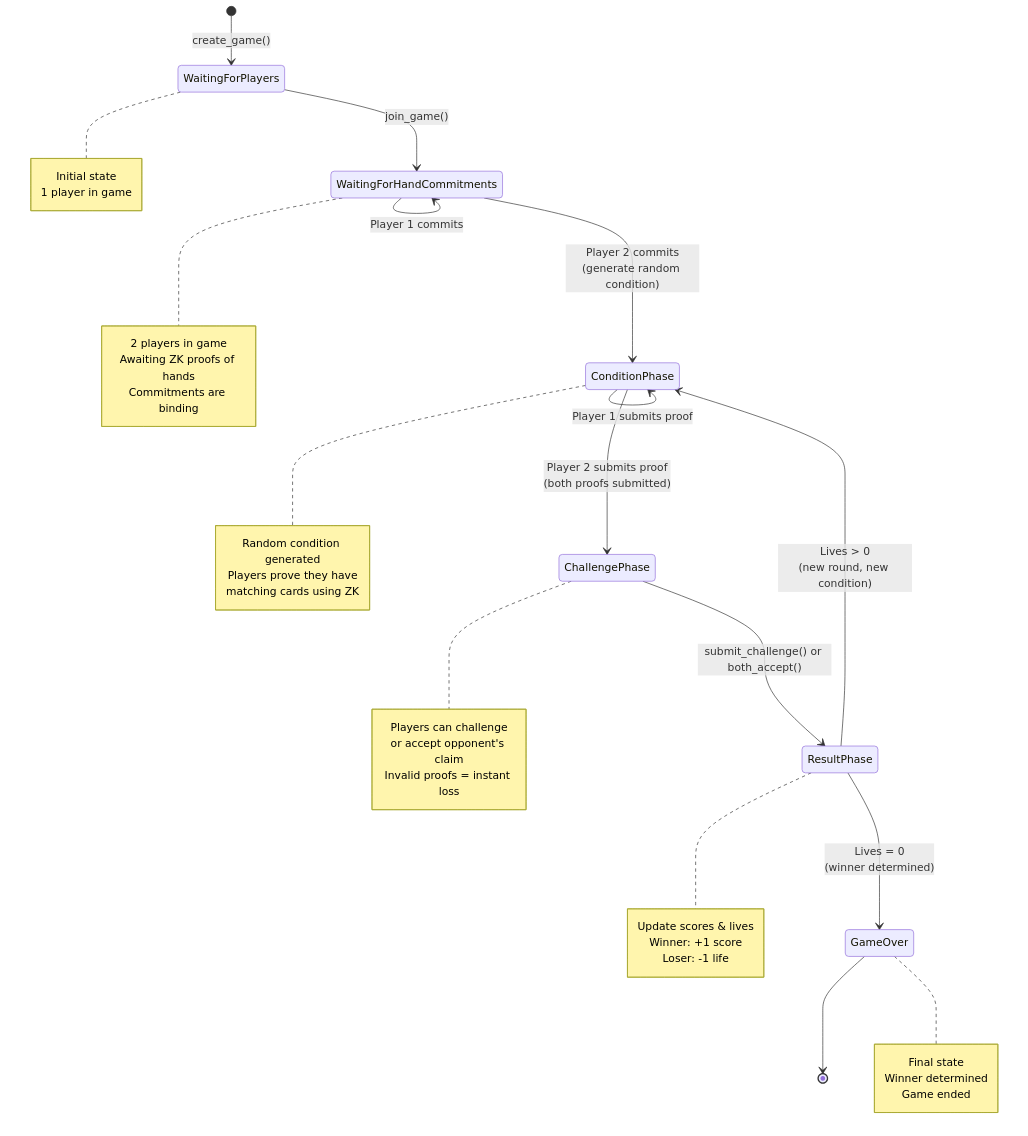
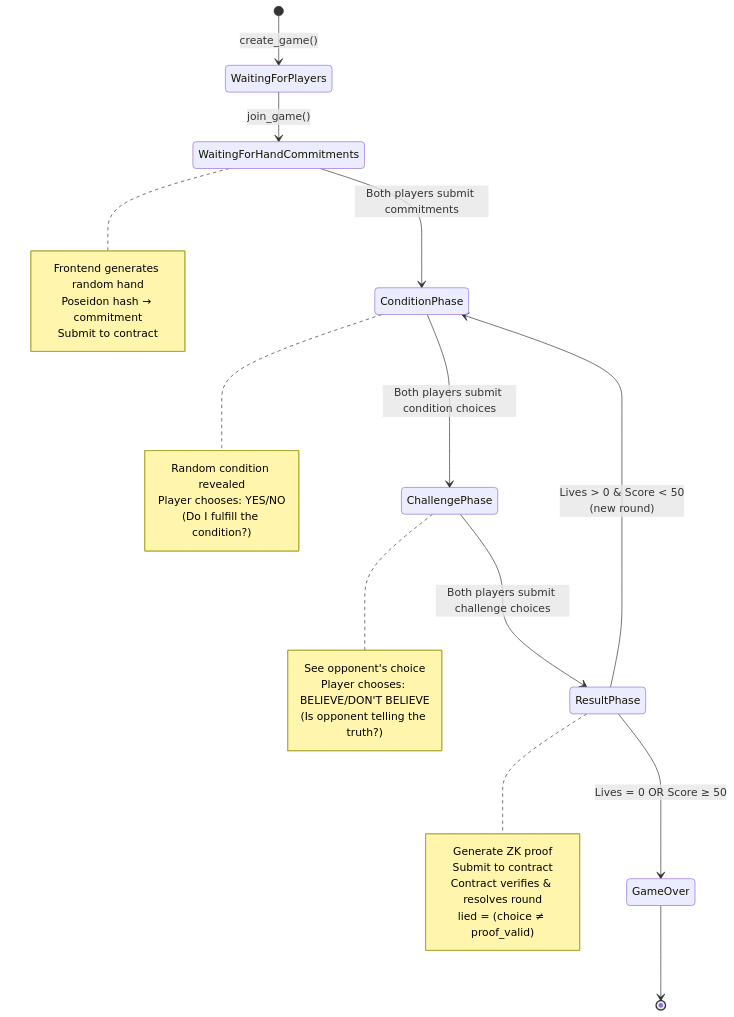
One commit to dubzn/liars-proof changed the second of 5 diagrams in GAME_FLOW.md. Above: the diagram before and after it, drawn with Mermaid. The commit also changed other lines of this file, not shown here.

Commit message:
refactor: Simplify game flow documentation to a single-player perspective, defining lying and adding a phase summary table.

````diff
--- a/GAME_FLOW.md
+++ b/GAME_FLOW.md
@@ -181,54 +117,42 @@
 ```mermaid
 stateDiagram-v2
     [*] --> WaitingForPlayers: create_game()
 
     WaitingForPlayers --> WaitingForHandCommitments: join_game()
 
-    WaitingForHandCommitments --> WaitingForHandCommitments: Player 1 commits
-    WaitingForHandCommitments --> ConditionPhase: Player 2 commits<br/>(generate random condition)
+    WaitingForHandCommitments --> ConditionPhase: Both players submit commitments
 
-    ConditionPhase --> ConditionPhase: Player 1 submits proof
-    ConditionPhase --> ChallengePhase: Player 2 submits proof<br/>(both proofs submitted)
+    ConditionPhase --> ChallengePhase: Both players submit condition choices
 
-    ChallengePhase --> ResultPhase: submit_challenge() or both_accept()
+    ChallengePhase --> ResultPhase: Both players submit challenge choices
 
-    ResultPhase --> ConditionPhase: Lives > 0<br/>(new round, new condition)
-    ResultPhase --> GameOver: Lives = 0<br/>(winner determined)
+    ResultPhase --> ConditionPhase: Lives > 0 & Score < 50<br/>(new round)
+    ResultPhase --> GameOver: Lives = 0 OR Score ≥ 50
 
     GameOver --> [*]
 
-    note right of WaitingForPlayers
-        Initial state
-        1 player in game
-    end note
-
     note right of WaitingForHandCommitments
-        2 players in game
-        Awaiting ZK proofs of hands
-        Commitments are binding
+        Frontend generates random hand
+        Poseidon hash → commitment
+        Submit to contract
     end note
 
     note right of ConditionPhase
-        Random condition generated
-        Players prove they have
-        matching cards using ZK
+        Random condition revealed
+        Player chooses: YES/NO
+        (Do I fulfill the condition?)
     end note
 
     note right of ChallengePhase
-        Players can challenge
-        or accept opponent's claim
-        Invalid proofs = instant loss
+        See opponent's choice
+        Player chooses: BELIEVE/DON'T BELIEVE
+        (Is opponent telling the truth?)
     end note
 
     note right of ResultPhase
-        Update scores & lives
-        Winner: +1 score
-        Loser: -1 life
-    end note
-
-    note right of GameOver
-        Final state
-        Winner determined
-        Game ended
+        Generate ZK proof
+        Submit to contract
+        Contract verifies & resolves round
+        lied = (choice ≠ proof_valid)
     end note
 ```
````
